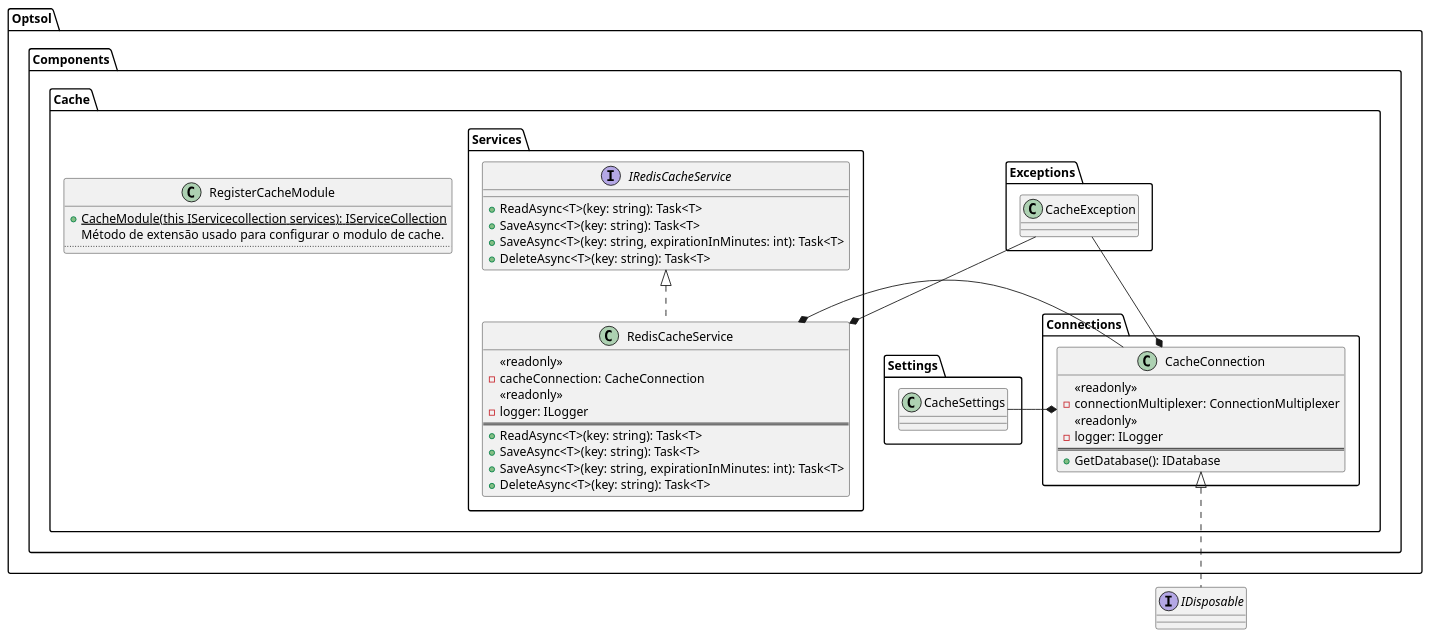
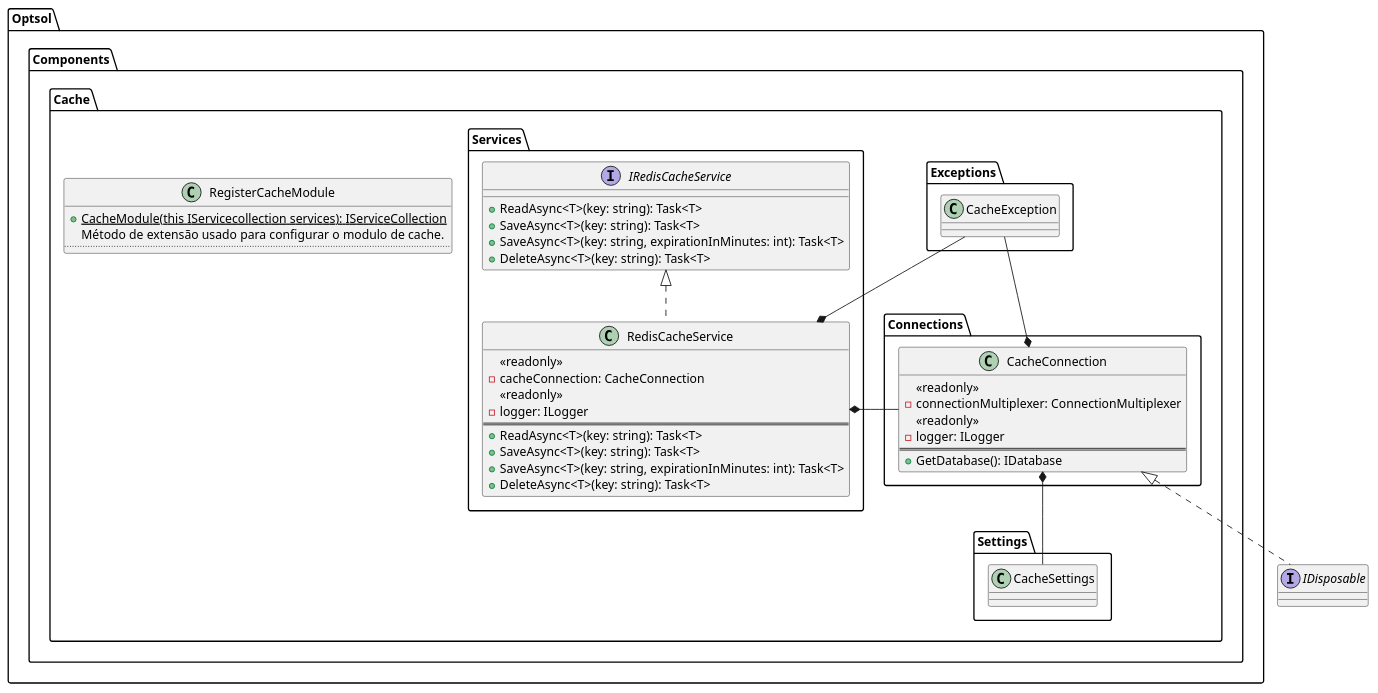
One commit to optsoldev/components-cache-package changed the diagram in cache.puml. Above: the diagram before and after it, drawn with PlantUML.

Commit message:
adicionando diagrama

```diff
--- a/cache.puml
+++ b/cache.puml
@@ -1,61 +1,61 @@
 @startuml component-cache
 
 interface IDisposable
 
 package Optsol.Components.Cache {
 
     package Exceptions {
         class CacheException
     }
 
     package Settings {
         class CacheSettings
     }
 
     package Connections {
         class CacheConnection {
             <<readonly>>
             - connectionMultiplexer: ConnectionMultiplexer
             <<readonly>>
             - logger: ILogger
             ==
             + GetDatabase(): IDatabase
         }
 
          CacheConnection <|.. IDisposable
-         CacheConnection *- CacheSettings
+         CacheConnection *-- CacheSettings
          CacheConnection *- CacheException
     }
 
     package Services {
         interface IRedisCacheService {
             + ReadAsync<T>(key: string): Task<T>
             + SaveAsync<T>(key: string): Task<T>
             + SaveAsync<T>(key: string, expirationInMinutes: int): Task<T>
             + DeleteAsync<T>(key: string): Task<T>
         }
 
         class RedisCacheService implements IRedisCacheService {
             <<readonly>>
             - cacheConnection: CacheConnection
             <<readonly>>
             - logger: ILogger
             ==
             + ReadAsync<T>(key: string): Task<T>
             + SaveAsync<T>(key: string): Task<T>
             + SaveAsync<T>(key: string, expirationInMinutes: int): Task<T>
             + DeleteAsync<T>(key: string): Task<T>
         }
 
         RedisCacheService *- CacheConnection
         CacheException --* RedisCacheService
     }
 
     class RegisterCacheModule {
         + {static} CacheModule(this IServicecollection services): IServiceCollection
         Método de extensão usado para configurar o modulo de cache.
         ..
     }
 }
 
 @enduml
```
